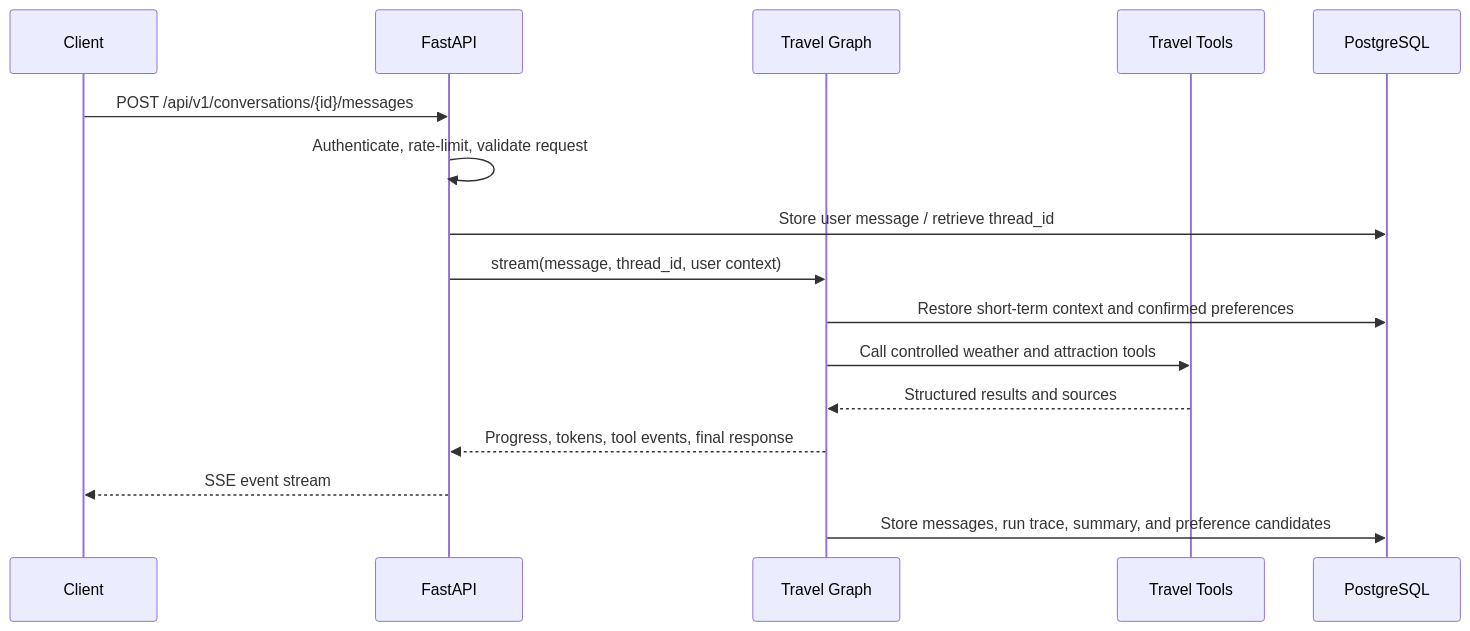
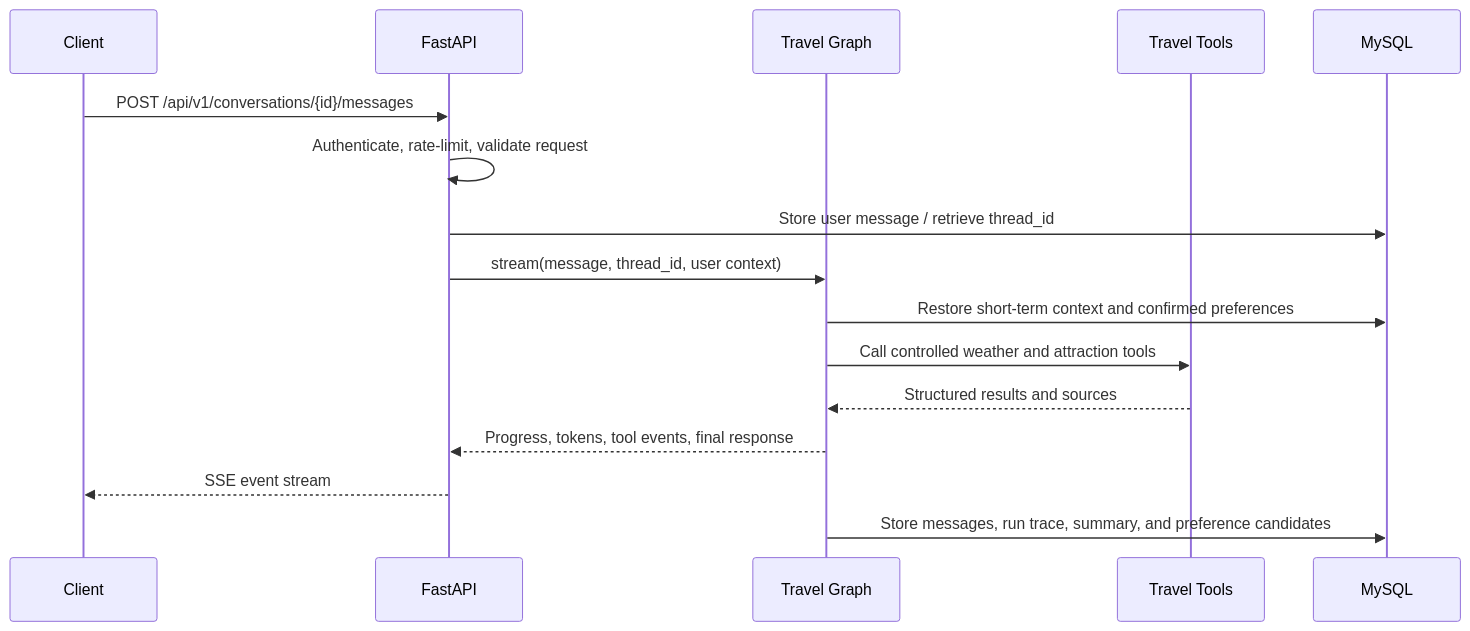
One commit to DOcrazyG/travel_assistant changed the second of 3 diagrams in docs/architecture-design.md. Above: the diagram before and after it, drawn with Mermaid. The commit also changed other lines of this file and 13 other files, not shown here.

Commit message:
refactor:use MySQL instead of PostgreSQL

````diff
--- a/docs/architecture-design.md
+++ b/docs/architecture-design.md
@@ -60,19 +60,19 @@
 ```mermaid
 sequenceDiagram
     participant C as Client
     participant A as FastAPI
     participant G as Travel Graph
     participant T as Travel Tools
-    participant D as PostgreSQL
+    participant D as MySQL
 
     C->>A: POST /api/v1/conversations/{id}/messages
     A->>A: Authenticate, rate-limit, validate request
     A->>D: Store user message / retrieve thread_id
     A->>G: stream(message, thread_id, user context)
     G->>D: Restore short-term context and confirmed preferences
     G->>T: Call controlled weather and attraction tools
     T-->>G: Structured results and sources
     G-->>A: Progress, tokens, tool events, final response
     A-->>C: SSE event stream
     G->>D: Store messages, run trace, summary, and preference candidates
 ```
````
